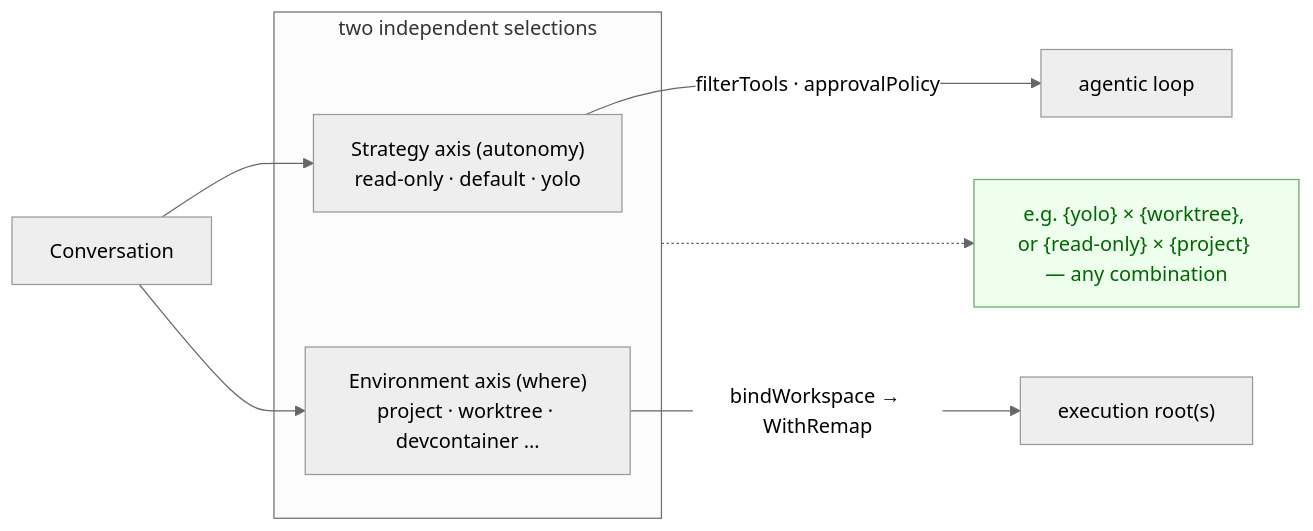
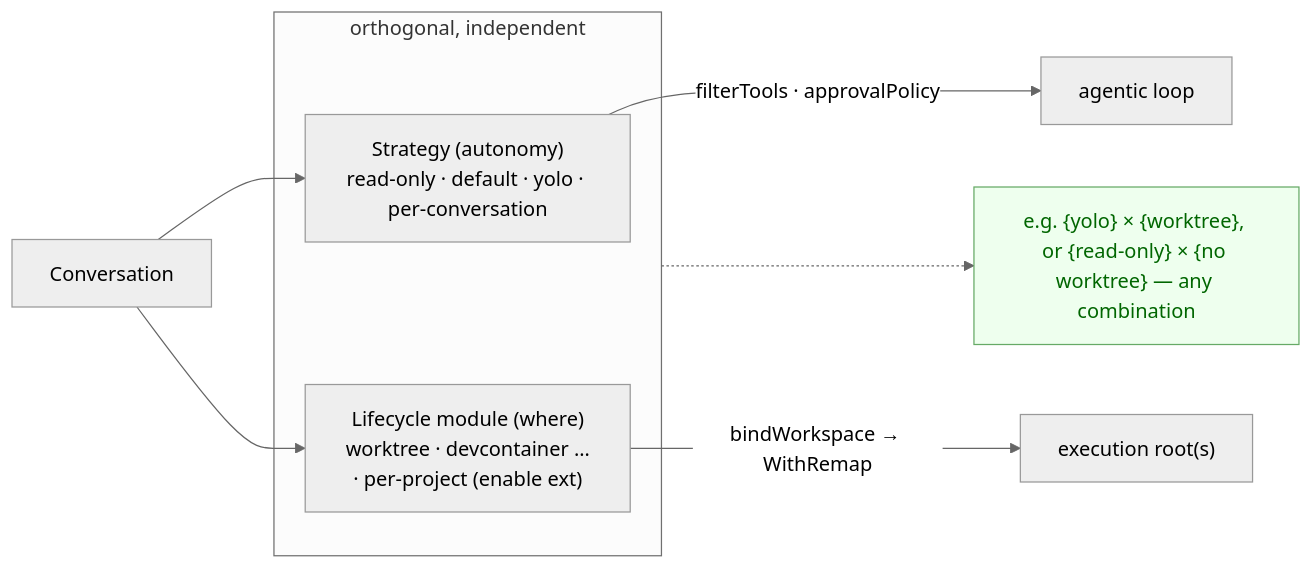
One commit to juggler-ai/juggler changed the first of 4 diagrams in docs/design/worktrees-as-extension.md. Above: the diagram before and after it, drawn with Mermaid (neutral theme). The commit also changed other lines of this file and 10 other files, not shown here.

Commit message:
Reshaped worktrees as a lightweight lifecycle module (per-project) instead of a capability type (WIP)

````diff
--- a/docs/design/worktrees-as-extension.md
+++ b/docs/design/worktrees-as-extension.md
@@ -116,15 +126,15 @@
 ```mermaid
 flowchart LR
   conv["Conversation"]
-  subgraph axes["two independent selections"]
-    strat["Strategy axis (autonomy)<br/>read-only · default · yolo"]
-    env["Environment axis (where)<br/>project · worktree · devcontainer …"]
+  subgraph axes["orthogonal, independent"]
+    strat["Strategy (autonomy)<br/>read-only · default · yolo · per-conversation"]
+    env["Lifecycle module (where)<br/>worktree · devcontainer …· per-project (enable ext)"]
   end
   conv --> strat
   conv --> env
   strat -->|"filterTools · approvalPolicy"| loop["agentic loop"]
   env -->|"bindWorkspace → WithRemap"| root["execution root(s)"]
-  note["e.g. {yolo} × {worktree}, or {read-only} × {project} — any combination"]:::n
+  note["e.g. {yolo} × {worktree}, or {read-only} × {no worktree} — any combination"]:::n
   axes -.-> note
   classDef n fill:#efe,stroke:#6a6,color:#060;
 ```
````
